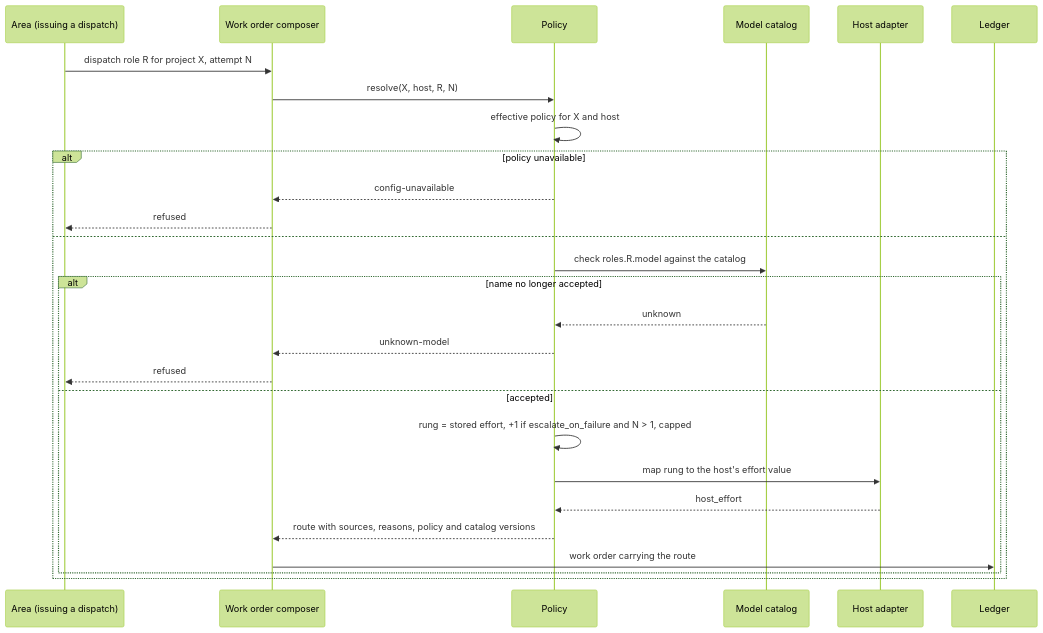
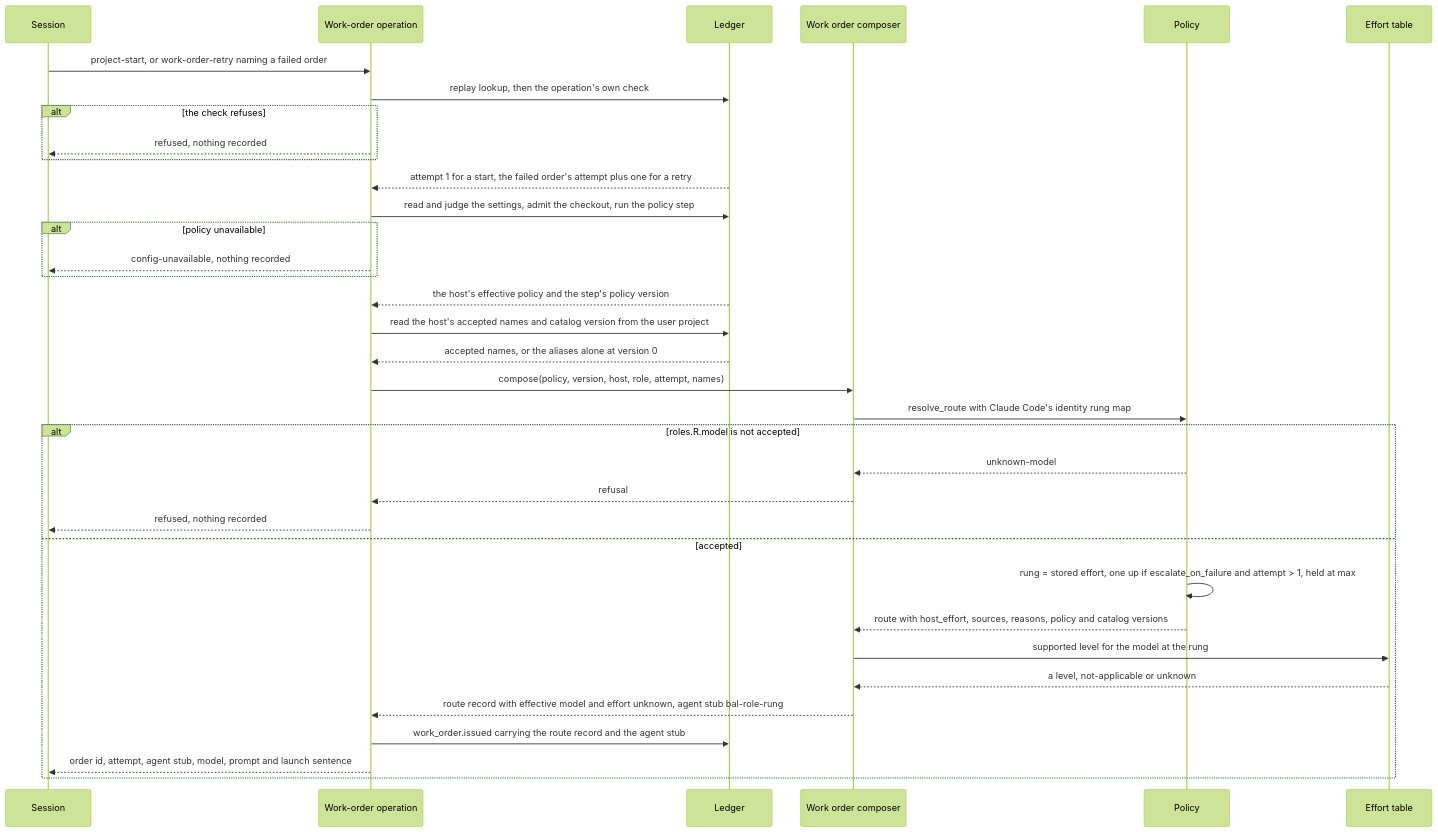
The fifth of 7 diagrams in docs/design/0003-configuration-and-routing.md (jcrenshaw-dev/baley), drawn with Mermaid (forest theme) before and after one commit. The commit also changed other lines of this file, not shown here.

First line of the commit message:
docs(design): describe routing as built, with the effort table and route record

````diff
--- a/docs/design/0003-configuration-and-routing.md
+++ b/docs/design/0003-configuration-and-routing.md
@@ -590,29 +631,37 @@
 ```mermaid
 sequenceDiagram
-  participant A as Area (issuing a dispatch)
+  participant S as Session
+  participant O as Work-order operation
+  participant L as Ledger
   participant W as Work order composer
   participant P as Policy
-  participant K as Model catalog
-  participant H as Host adapter
-  participant L as Ledger
-  A->>W: dispatch role R for project X, attempt N
-  W->>P: resolve(X, host, R, N)
-  P->>P: effective policy for X and host
+  participant T as Effort table
+  S->>O: project-start, or work-order-retry naming a failed order
+  O->>L: replay lookup, then the operation's own check
+  alt the check refuses
+    O-->>S: refused, nothing recorded
+  end
+  L-->>O: attempt 1 for a start, the failed order's attempt plus one for a retry
+  O->>L: read and judge the settings, admit the checkout, run the policy step
   alt policy unavailable
-    P-->>W: config-unavailable
-    W-->>A: refused
-  else
-    P->>K: check roles.R.model against the catalog
-    alt name no longer accepted
-      K-->>P: unknown
-      P-->>W: unknown-model
-      W-->>A: refused
-    else accepted
-      P->>P: rung = stored effort, +1 if escalate_on_failure and N > 1, capped
-      P->>H: map rung to the host's effort value
-      H-->>P: host_effort
-      P-->>W: route with sources, reasons, policy and catalog versions
-      W->>L: work order carrying the route
-    end
+    O-->>S: config-unavailable, nothing recorded
+  end
+  L-->>O: the host's effective policy and the step's policy version
+  O->>L: read the host's accepted names and catalog version from the user project
+  L-->>O: accepted names, or the aliases alone at version 0
+  O->>W: compose(policy, version, host, role, attempt, names)
+  W->>P: resolve_route with Claude Code's identity rung map
+  alt roles.R.model is not accepted
+    P-->>W: unknown-model
+    W-->>O: refusal
+    O-->>S: refused, nothing recorded
+  else accepted
+    P->>P: rung = stored effort, one up if escalate_on_failure and attempt > 1, held at max
+    P-->>W: route with host_effort, sources, reasons, policy and catalog versions
+    W->>T: supported level for the model at the rung
+    T-->>W: a level, not-applicable or unknown
+    W-->>O: route record with effective model and effort unknown, agent stub bal-role-rung
+    O->>L: work_order.issued carrying the route record and the agent stub
+    O-->>S: order id, attempt, agent stub, model, prompt and launch sentence
   end
 ```
````
